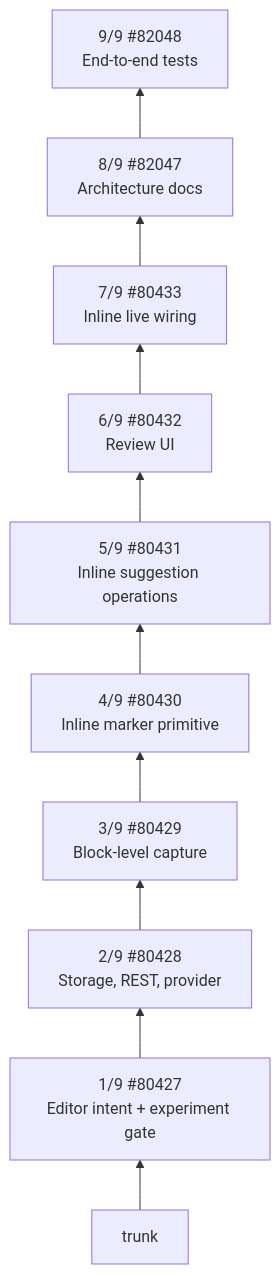
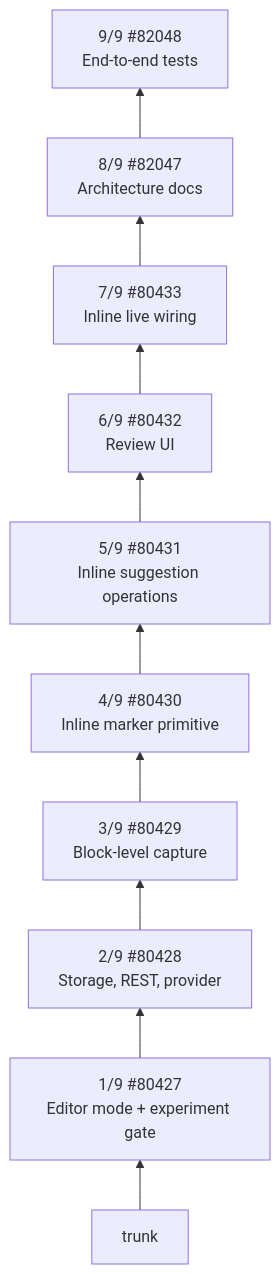
One commit to WordPress/gutenberg changed the second of 8 diagrams in docs/explanations/architecture/suggestions-overview.md. Above: the diagram before and after it, drawn with Mermaid. The commit also changed other lines of this file and 1 other file, not shown here.

First line of the commit message:
Suggest mode: Bring the architecture reference in line with the code

````diff
--- a/docs/explanations/architecture/suggestions-overview.md
+++ b/docs/explanations/architecture/suggestions-overview.md
@@ -83,14 +83,14 @@
 ```mermaid
 flowchart BT
     T["trunk"]
-    P1["1/9 #80427<br/>Editor intent + experiment gate"]
+    P1["1/9 #80427<br/>Editor mode + experiment gate"]
     P2["2/9 #80428<br/>Storage, REST, provider"]
     P3["3/9 #80429<br/>Block-level capture"]
     P4["4/9 #80430<br/>Inline marker primitive"]
     P5["5/9 #80431<br/>Inline suggestion operations"]
     P6["6/9 #80432<br/>Review UI"]
     P7["7/9 #80433<br/>Inline live wiring"]
     P8["8/9 #82047<br/>Architecture docs"]
     P9["9/9 #82048<br/>End-to-end tests"]
     T --> P1 --> P2 --> P3 --> P4 --> P5 --> P6 --> P7 --> P8 --> P9
 ```
````
